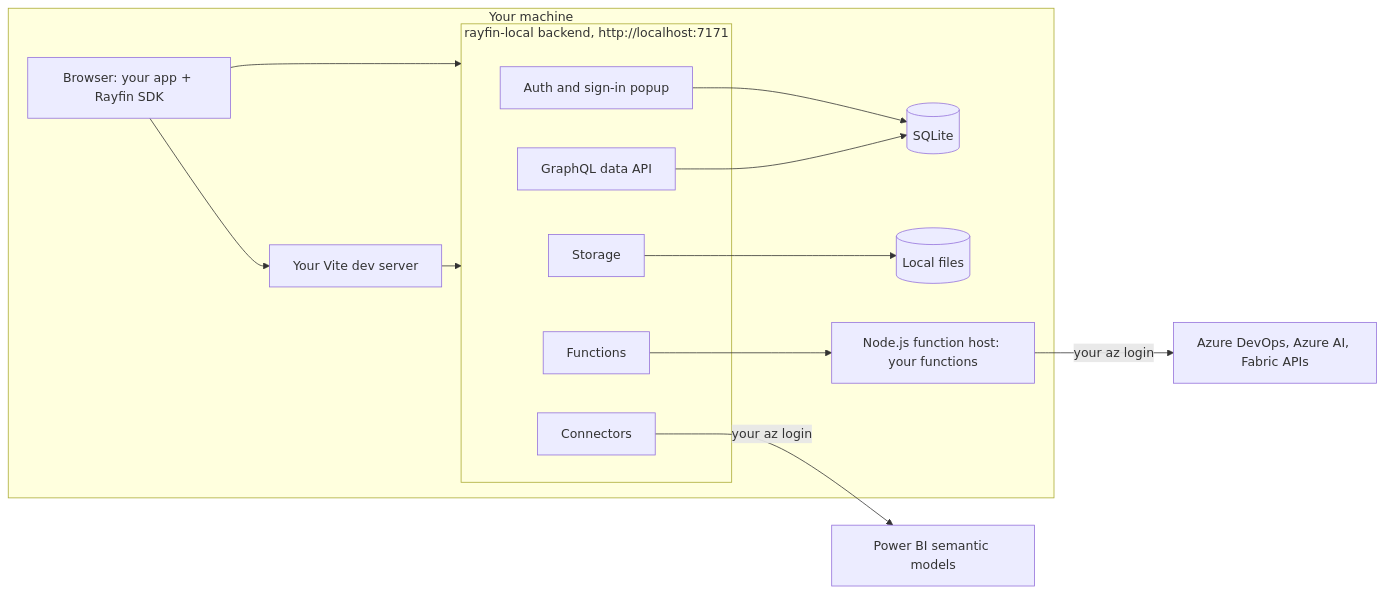
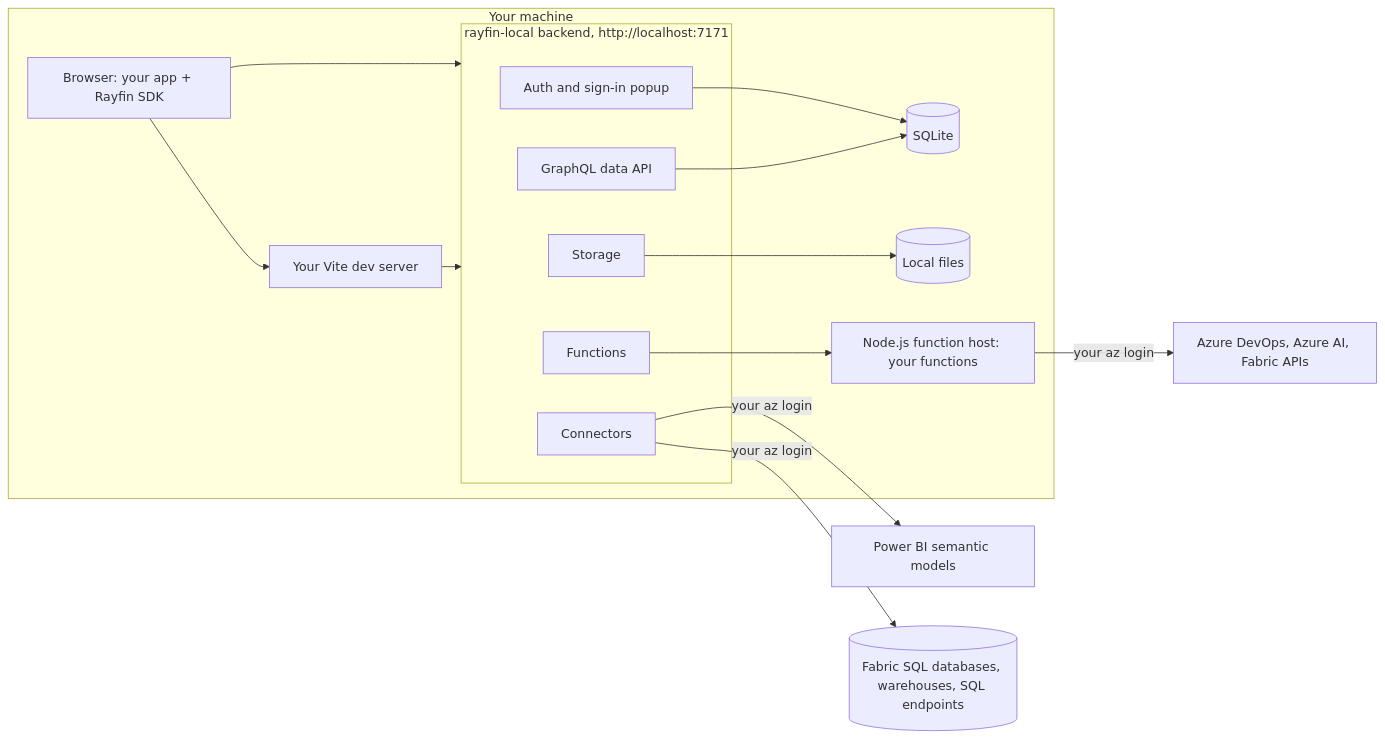
Before and after one commit to spatney/rayfin-local: the diagram in README.md, drawn with Mermaid. The commit also changed other lines of this file and 60 other files, not shown here.

First line of the commit message:
Connectors: serve SQL connectors against the real Fabric items

````diff
--- a/README.md
+++ b/README.md
@@ -63,29 +63,31 @@
 ```mermaid
 flowchart LR
   subgraph machine["Your machine"]
     browser["Browser: your app + Rayfin SDK"]
     vite["Your Vite dev server"]
     subgraph backend["rayfin-local backend, http://localhost:7171"]
       auth["Auth and sign-in popup"]
       data["GraphQL data API"]
       fns["Functions"]
       conn["Connectors"]
       store["Storage"]
     end
     sqlite[("SQLite")]
     files[("Local files")]
     host["Node.js function host: your functions"]
   end
   cloud["Azure DevOps, Azure AI, Fabric APIs"]
   pbi["Power BI semantic models"]
+  fsql[("Fabric SQL databases, warehouses, SQL endpoints")]
 
   browser --> vite
   browser --> backend
   vite --> backend
   auth --> sqlite
   data --> sqlite
   store --> files
   fns --> host
   host -- "your az login" --> cloud
   conn -- "your az login" --> pbi
+  conn -- "your az login" --> fsql
 ```
````
